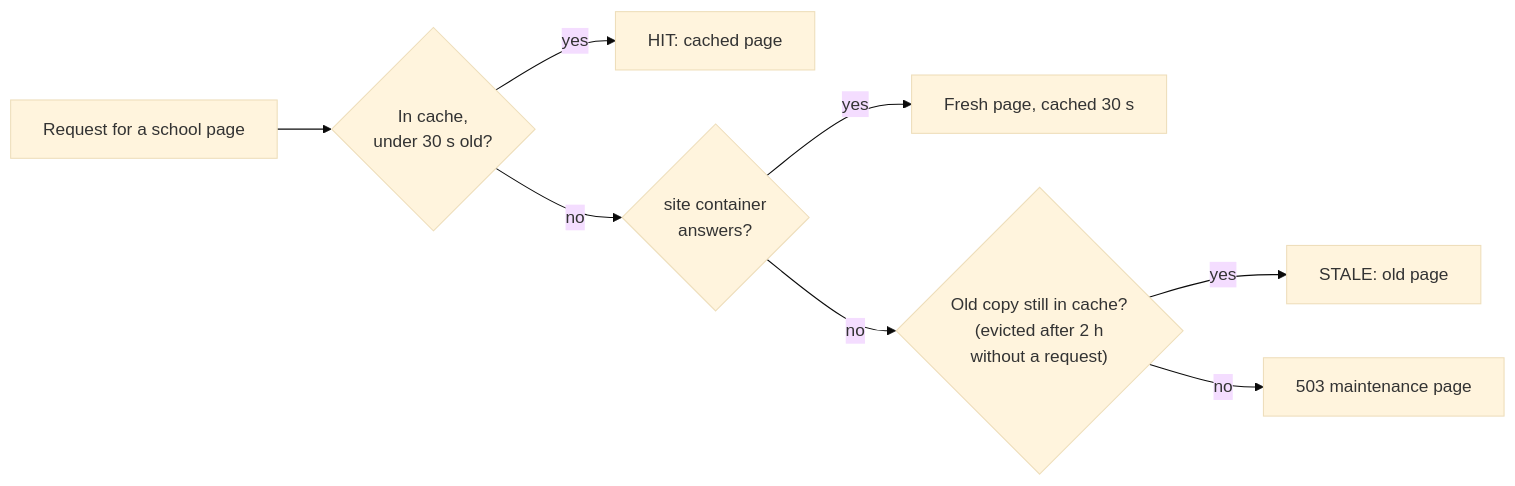
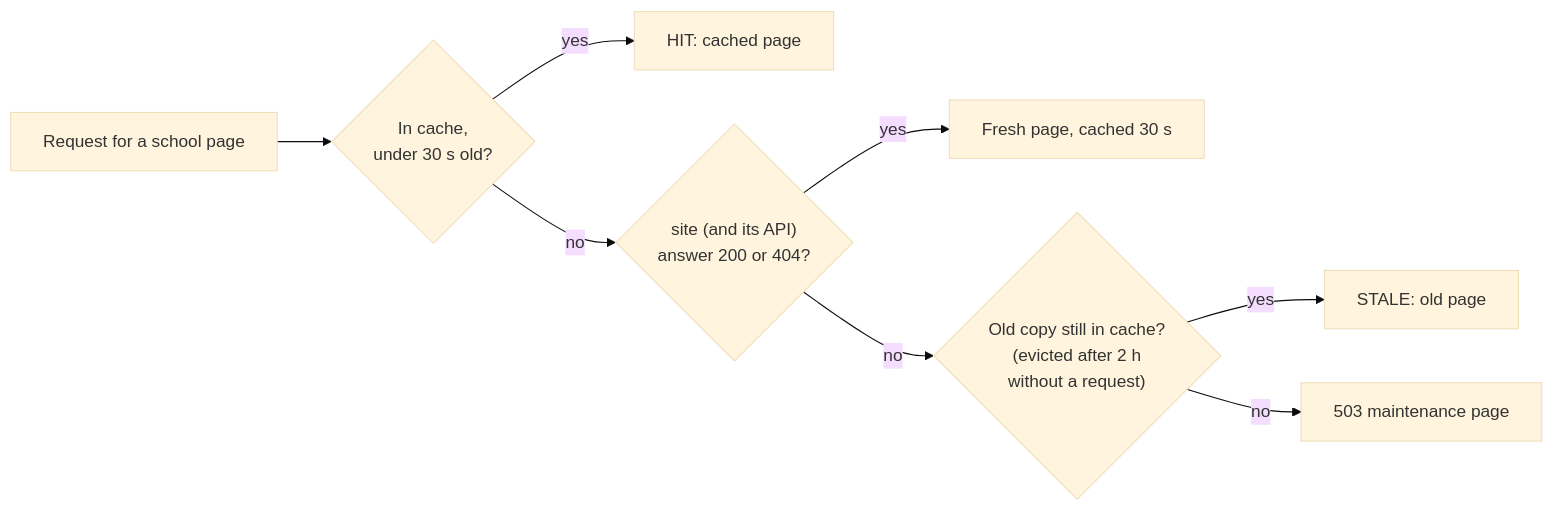
One commit to LBCron/biddaloy changed diagram 16 of 16 in docs/architecture/28-platform-runbook.md. Above: the diagram before and after it, drawn with Mermaid (base theme). The commit also changed other lines of this file and 6 other files, not shown here.

````diff
--- a/docs/architecture/28-platform-runbook.md
+++ b/docs/architecture/28-platform-runbook.md
@@ -2191,10 +2192,10 @@
   ```mermaid
   flowchart LR
     R["Request for a school page"] --> F{"In cache,<br/>under 30 s old?"}
     F -- yes --> H["HIT: cached page"]
-    F -- no --> S{"site container<br/>answers?"}
+    F -- no --> S{"site (and its API)<br/>answer 200 or 404?"}
     S -- yes --> N["Fresh page, cached 30 s"]
     S -- no --> E{"Old copy still in cache?<br/>(evicted after 2 h<br/>without a request)"}
     E -- yes --> T["STALE: old page"]
     E -- no --> M["503 maintenance page"]
   ```
````
